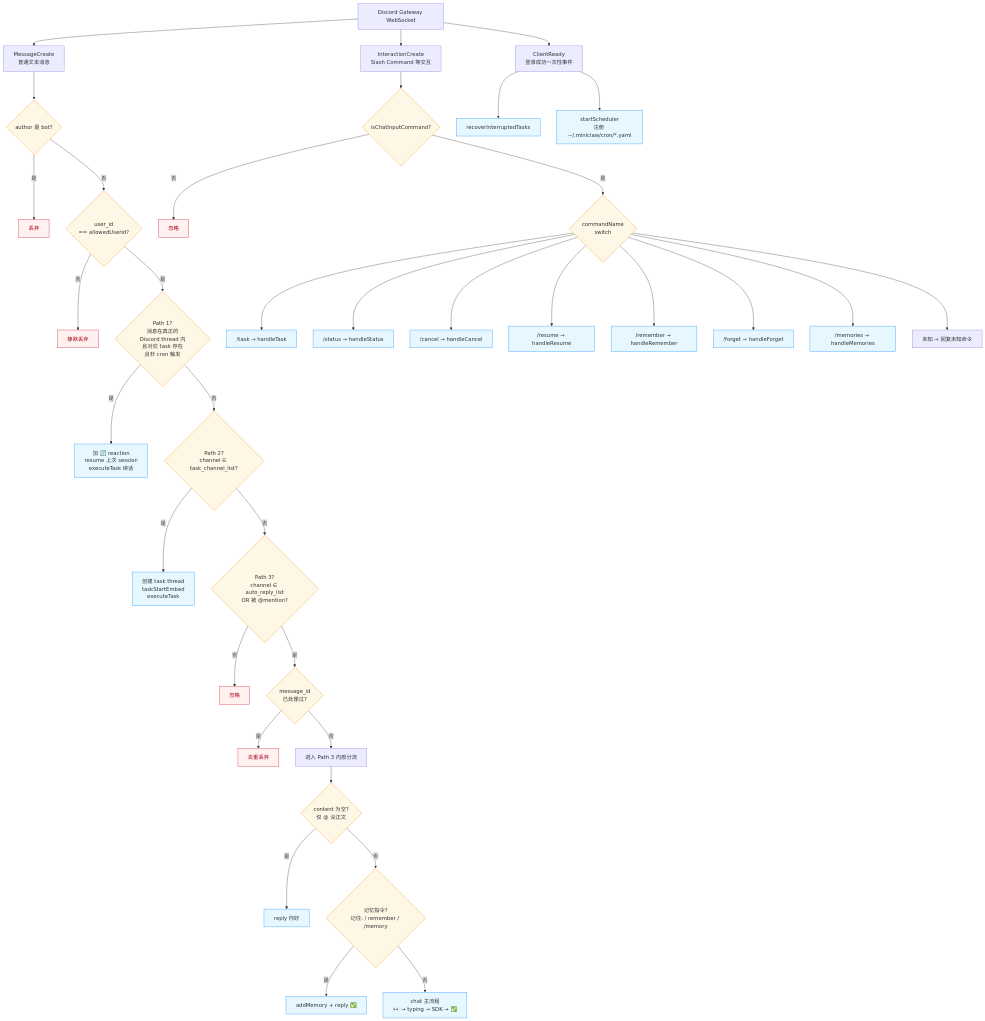
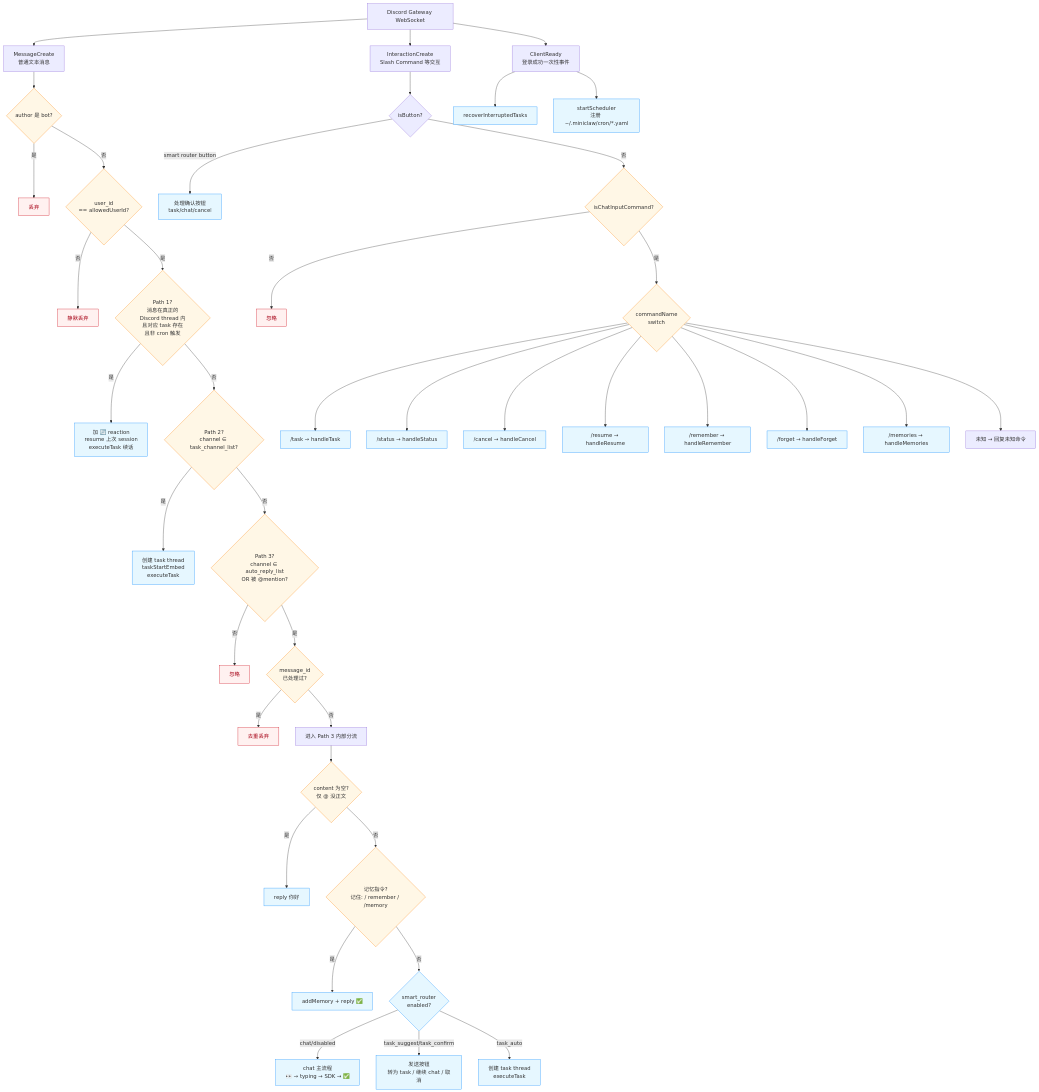
Before and after one commit to yuanyunfan/miniclaw: the diagram in docs/bot-routing.md, drawn with Mermaid. The commit also changed other lines of this file and 24 other files, not shown here.

Commit message:
feat: add smart task router

````diff
--- a/docs/bot-routing.md
+++ b/docs/bot-routing.md
@@ -10,51 +10,56 @@
 ```mermaid
 flowchart TD
     Discord[Discord Gateway WebSocket]
 
     Discord --> ME[MessageCreate<br/>普通文本消息]
     Discord --> IC[InteractionCreate<br/>Slash Command 等交互]
     Discord --> CR[ClientReady<br/>登录成功一次性事件]
 
     ME --> F1{author 是 bot?}
     F1 -->|是| X1[丢弃]
     F1 -->|否| F2{"user_id<br/>== allowedUserId?"}
     F2 -->|否| X2[静默丢弃]
     F2 -->|是| P1{"Path 1?<br/>消息在真正的<br/>Discord thread 内<br/>且对应 task 存在<br/>且非 cron 触发"}
 
     P1 -->|是| RES[加 🔄 reaction<br/>resume 上次 session<br/>executeTask 续话]
     P1 -->|否| TCH{"Path 2?<br/>channel ∈ task_channel_list?"}
     TCH -->|是| TASKMSG[创建 task thread<br/>taskStartEmbed<br/>executeTask]
     TCH -->|否| F3{"Path 3?<br/>channel ∈ auto_reply_list<br/>OR 被 @mention?"}
     F3 -->|否| X3[忽略]
     F3 -->|是| F4{"message_id<br/>已处理过?"}
     F4 -->|是| X4[去重丢弃]
     F4 -->|否| ROUTE[进入 Path 3 内部分流]
 
     ROUTE --> R0{"content 为空?<br/>仅 @ 没正文"}
     R0 -->|是| GREET[reply 你好]
     R0 -->|否| R1{"记忆指令?<br/>记住: / remember / /memory"}
     R1 -->|是| MEM[addMemory + reply ✅]
-    R1 -->|否| CHAT[chat 主流程<br/>👀 → typing → SDK → ✅]
+    R1 -->|否| SMART{smart_router<br/>enabled?}
+    SMART -->|chat/disabled| CHAT[chat 主流程<br/>👀 → typing → SDK → ✅]
+    SMART -->|task_suggest/task_confirm| BTN[发送按钮<br/>转为 task / 继续 chat / 取消]
+    SMART -->|task_auto| AUTOTASK[创建 task thread<br/>executeTask]
 
-    IC --> IS{isChatInputCommand?}
+    IC --> IB{isButton?}
+    IB -->|smart router button| BACT[处理确认按钮<br/>task/chat/cancel]
+    IB -->|否| IS{isChatInputCommand?}
     IS -->|否| X5[忽略]
     IS -->|是| SW{"commandName<br/>switch"}
     SW --> T["/task → handleTask"]
     SW --> S["/status → handleStatus"]
     SW --> C["/cancel → handleCancel"]
     SW --> RS["/resume → handleResume"]
     SW --> RM["/remember → handleRemember"]
     SW --> FG["/forget → handleForget"]
     SW --> MM["/memories → handleMemories"]
     SW --> UN["未知 → 回复未知命令"]
 
     CR --> RECOV[recoverInterruptedTasks]
     CR --> SCHED[startScheduler<br/>注册 ~/.miniclaw/cron/*.yaml]
 
     classDef filter fill:#fff7e6,stroke:#fa8c16
     classDef route fill:#e6f7ff,stroke:#1890ff
     classDef drop fill:#fff1f0,stroke:#cf1322,color:#a8071a
     class F1,F2,F3,F4,P1,TCH,R0,R1,IS,SW filter
-    class CHAT,RES,TASKMSG,MEM,GREET,T,S,C,RS,RM,FG,MM,RECOV,SCHED route
+    class CHAT,RES,TASKMSG,MEM,GREET,SMART,BTN,AUTOTASK,BACT,T,S,C,RS,RM,FG,MM,RECOV,SCHED route
     class X1,X2,X3,X4,X5 drop
 ```
````
